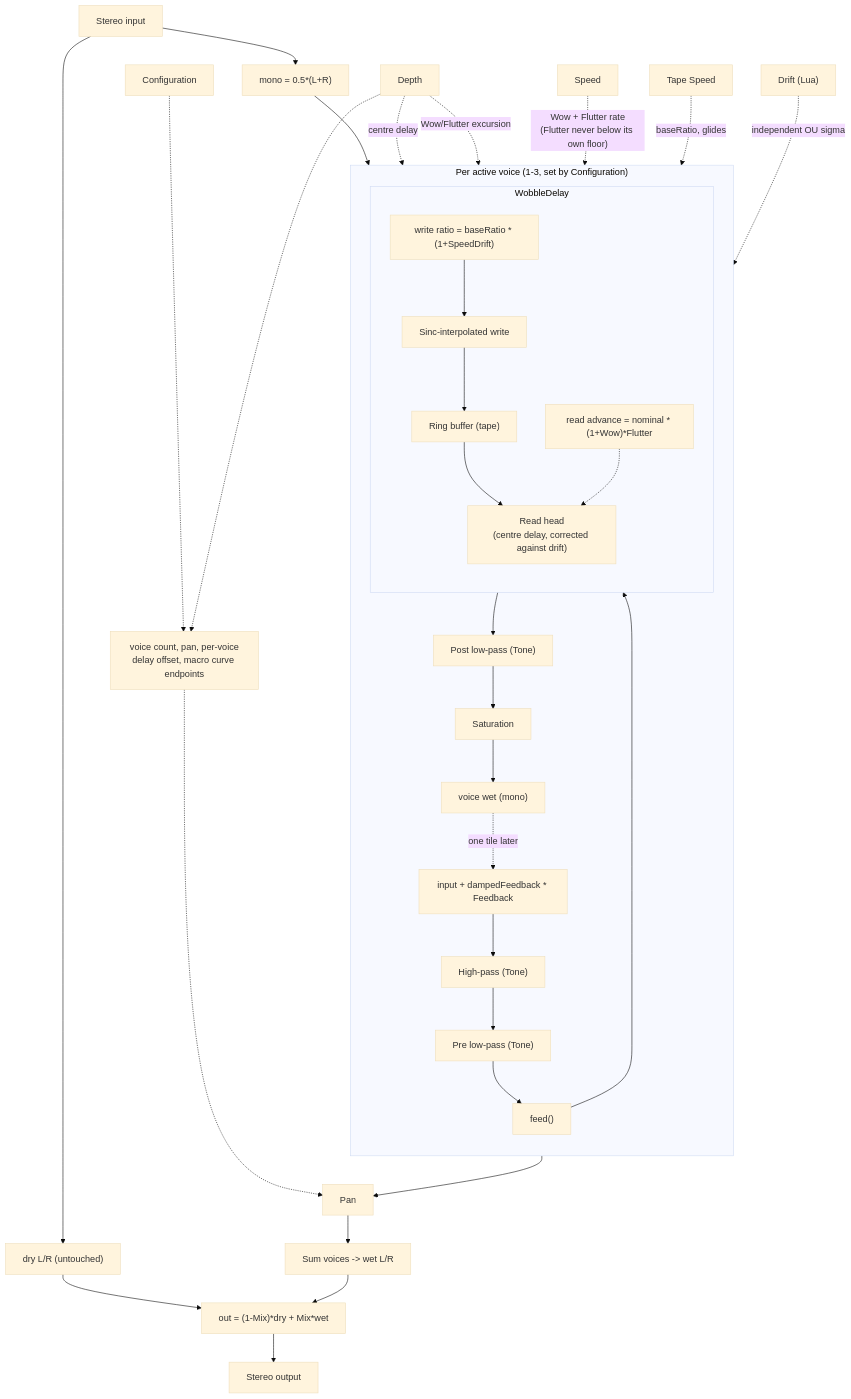
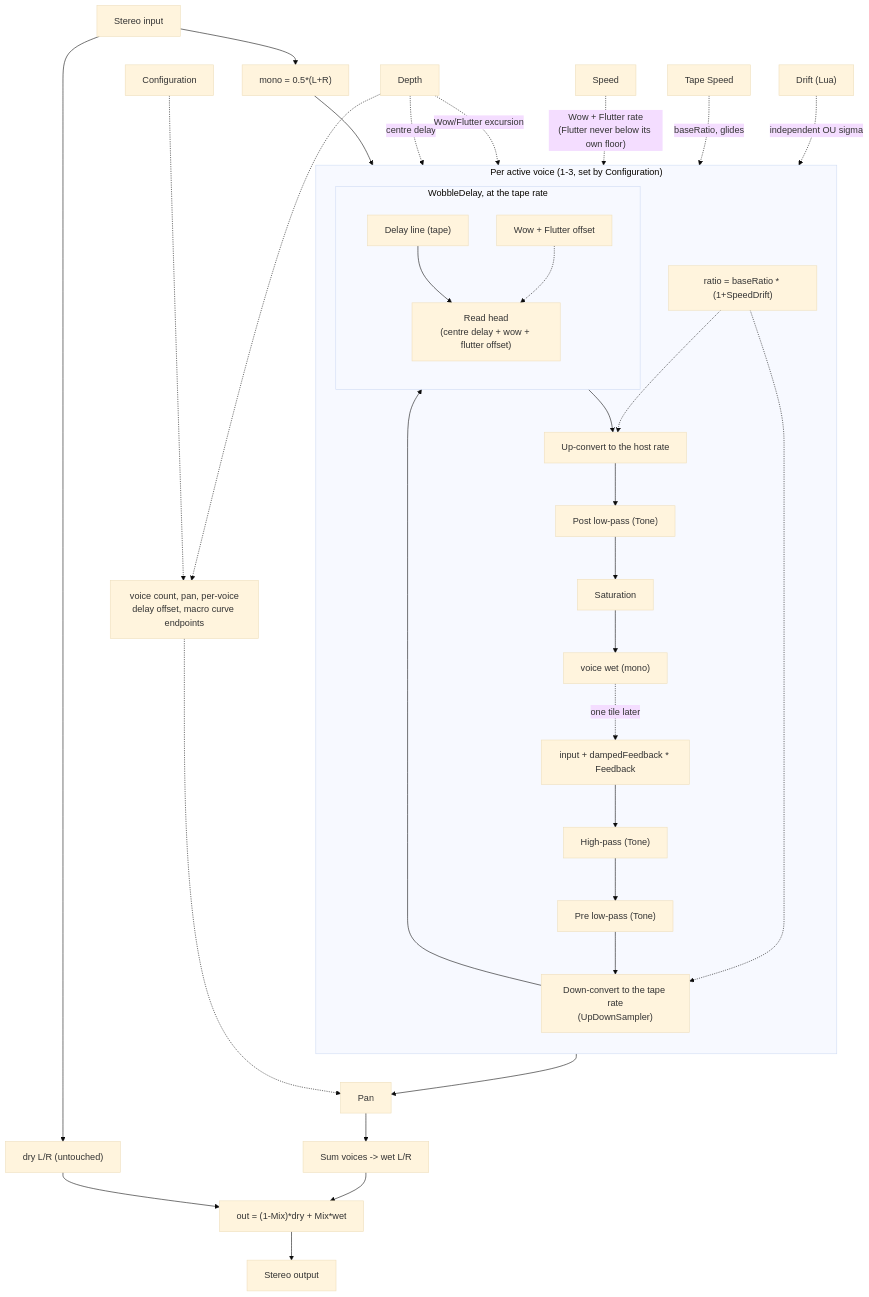
One commit to scjurgen/AbacDsp changed the diagram in examples/organicchorus/README.md. Above: the diagram before and after it, drawn with Mermaid (base theme). The commit also changed other lines of this file and 11 other files, not shown here.

Commit message:
Migrate organicchorus and pathfinder to UpDownSampler<WobbleDelay>

````diff
--- a/examples/organicchorus/README.md
+++ b/examples/organicchorus/README.md
@@ -16,40 +16,41 @@
 ```mermaid
 flowchart TD
     IN["Stereo input"]
     IN --> MONO["mono = 0.5*(L+R)"]
     IN --> DRY["dry L/R (untouched)"]
 
     CFG["Configuration"] -.-> VOICECOUNT["voice count, pan, per-voice\ndelay offset, macro curve endpoints"]
 
     subgraph VOICE["Per active voice (1-3, set by Configuration)"]
         direction TD
         SUMIN["input + dampedFeedback * Feedback"] --> HP["High-pass (Tone)"]
         HP --> LP1["Pre low-pass (Tone)"]
-        LP1 --> FEED["feed()"]
-        subgraph TRANSPORT["WobbleDelay"]
+        LP1 --> DOWN["Down-convert to the tape rate\n(UpDownSampler)"]
+        RATIO["ratio = baseRatio * (1+SpeedDrift)"] -.-> DOWN
+        subgraph TRANSPORT["WobbleDelay, at the tape rate"]
             direction TD
-            RATIO["write ratio = baseRatio * (1+SpeedDrift)"]
-            RATIO --> RESAMP["Sinc-interpolated write"] --> RING["Ring buffer (tape)"]
-            RING --> READ["Read head\n(centre delay, corrected against drift)"]
-            READADV["read advance = nominal * (1+Wow)*Flutter"] -.-> READ
+            RING["Delay line (tape)"] --> READ["Read head\n(centre delay + wow + flutter offset)"]
+            WOWFLUT["Wow + Flutter offset"] -.-> READ
         end
-        FEED --> RATIO
-        READ --> LP2["Post low-pass (Tone)"] --> SAT["Saturation"] --> WETV["voice wet (mono)"]
+        DOWN --> RING
+        READ --> UP["Up-convert to the host rate"]
+        RATIO -.-> UP
+        UP --> LP2["Post low-pass (Tone)"] --> SAT["Saturation"] --> WETV["voice wet (mono)"]
         WETV -. "one tile later" .-> SUMIN
     end
 
     MONO --> SUMIN
     DEPTH["Depth"] -.-> VOICECOUNT
     DEPTH -. "centre delay" .-> READ
-    DEPTH -. "Wow/Flutter excursion" .-> READADV
-    SPEED["Speed"] -. "Wow + Flutter rate\n(Flutter never below its own floor)" .-> READADV
+    DEPTH -. "Wow/Flutter excursion" .-> WOWFLUT
+    SPEED["Speed"] -. "Wow + Flutter rate\n(Flutter never below its own floor)" .-> WOWFLUT
     TAPESPEED["Tape Speed"] -. "baseRatio, glides" .-> RATIO
     DRIFT["Drift (Lua)"] -. "independent OU sigma" .-> RATIO
 
     WETV --> PAN["Pan"]
     VOICECOUNT -.-> PAN
     PAN --> SUM["Sum voices -> wet L/R"]
     DRY --> MIXOUT["out = (1-Mix)*dry + Mix*wet"]
     SUM --> MIXOUT
     MIXOUT --> OUT["Stereo output"]
 ```
````
